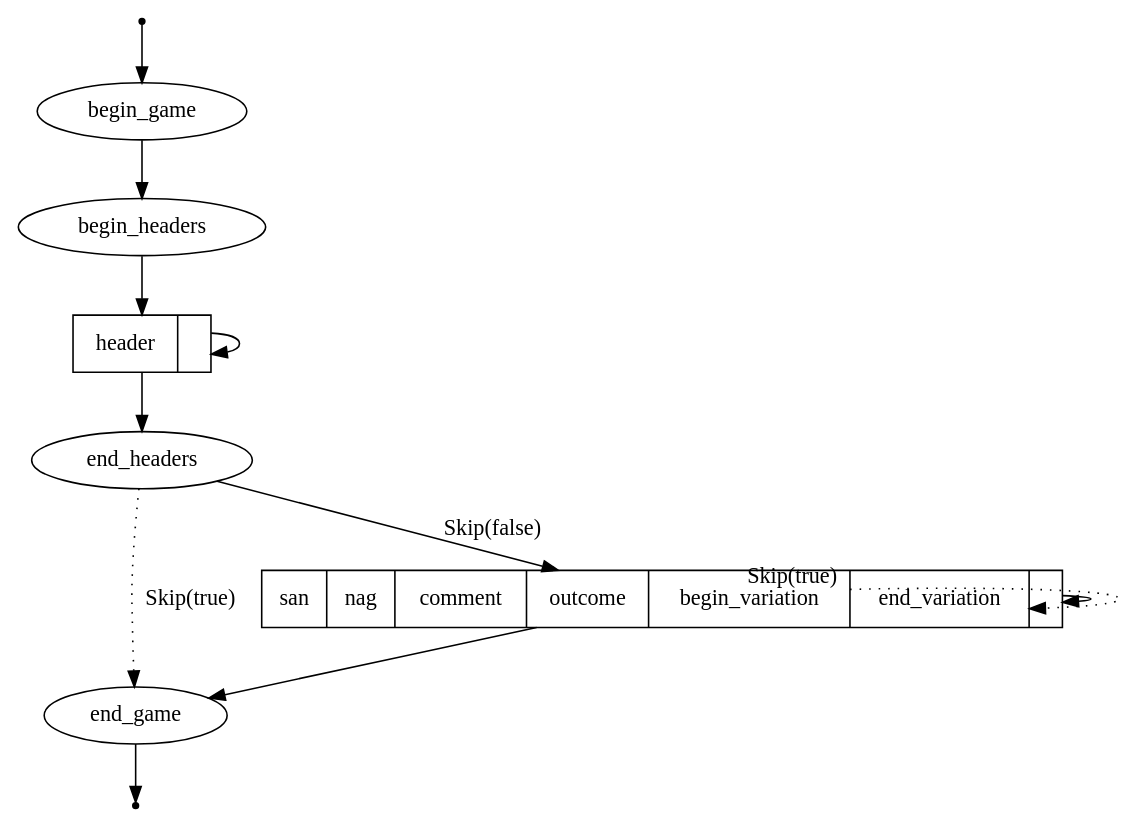
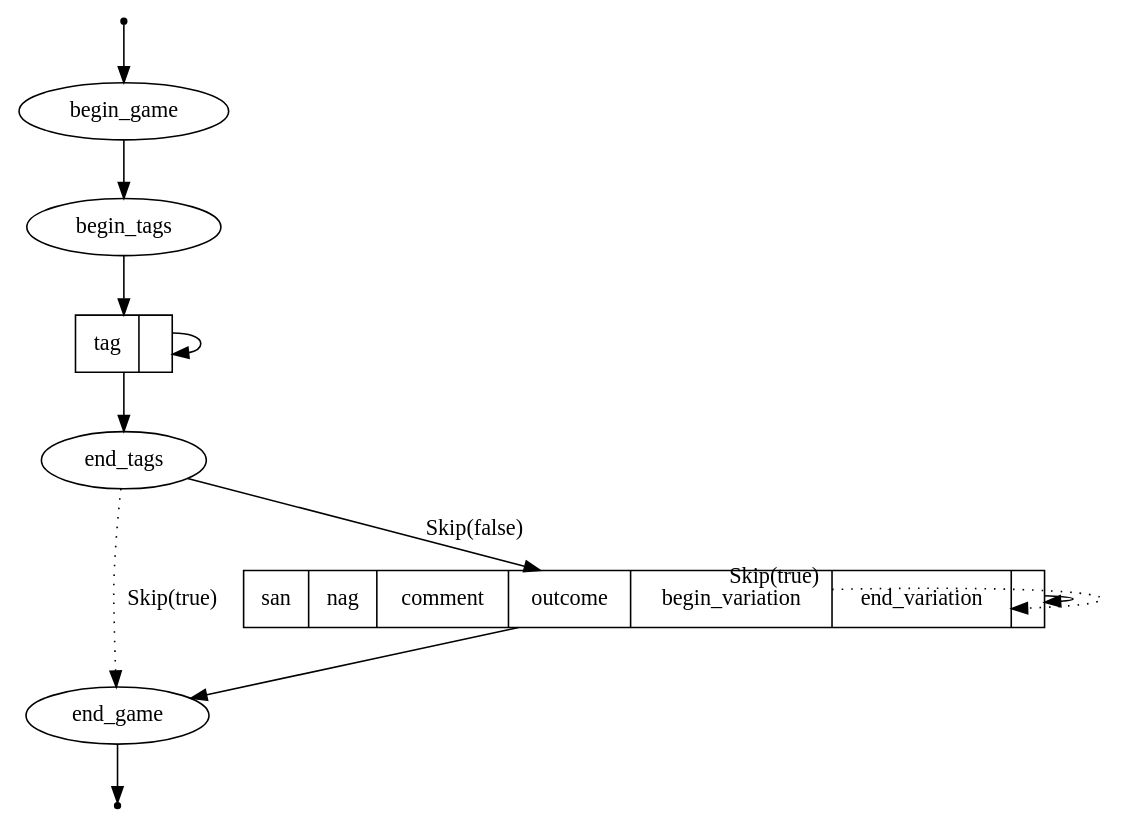
The diagram in pgn-reader/docs/visitor.dot (niklasf/shakmaty), drawn with Graphviz before and after one commit. The commit also changed 7 other files, not shown here.

Commit message:
rename header to tag

```diff
--- a/pgn-reader/docs/visitor.dot
+++ b/pgn-reader/docs/visitor.dot
@@ -1,16 +1,16 @@
 digraph G {
     S, E [shape=point];
 
-    S -> begin_game -> begin_headers -> header;
-    header [shape=record,label="header|"];
-    header -> header -> end_headers;
+    S -> begin_game -> begin_tags -> tag;
+    tag [shape=record,label="tag|"];
+    tag -> tag -> end_tags;
 
-    end_headers -> end_game [label="Skip(true)",style=dotted];
-    end_headers -> moves [label="Skip(false)"];
+    end_tags -> end_game [label="Skip(true)",style=dotted];
+    end_tags -> moves [label="Skip(false)"];
 
     moves [shape=record,label="san|nag|comment|outcome|<ral> begin_variation|<rar>end_variation|"];
     moves:ral -> moves:rar [taillabel="Skip(true)",style="dotted"];
     moves -> moves;
 
     moves -> end_game -> E;
 }
```
